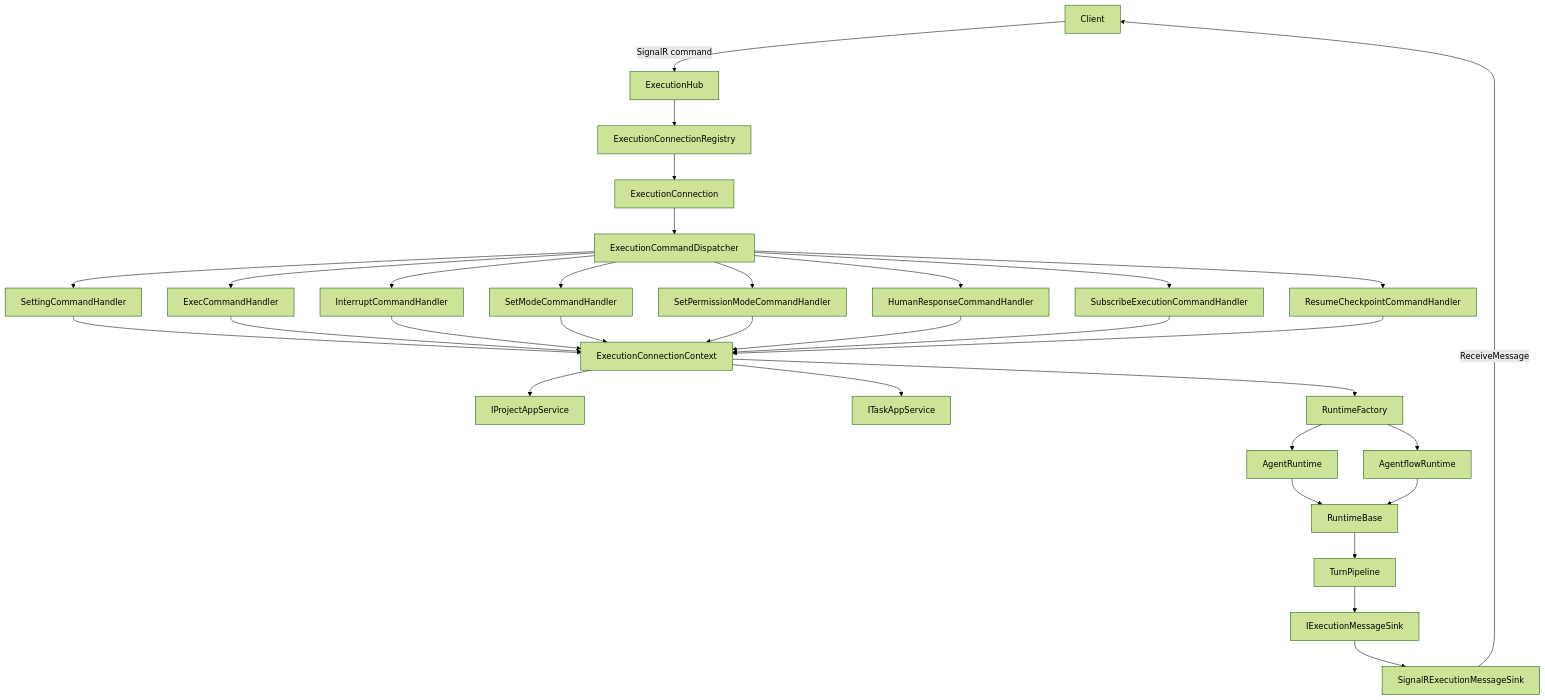
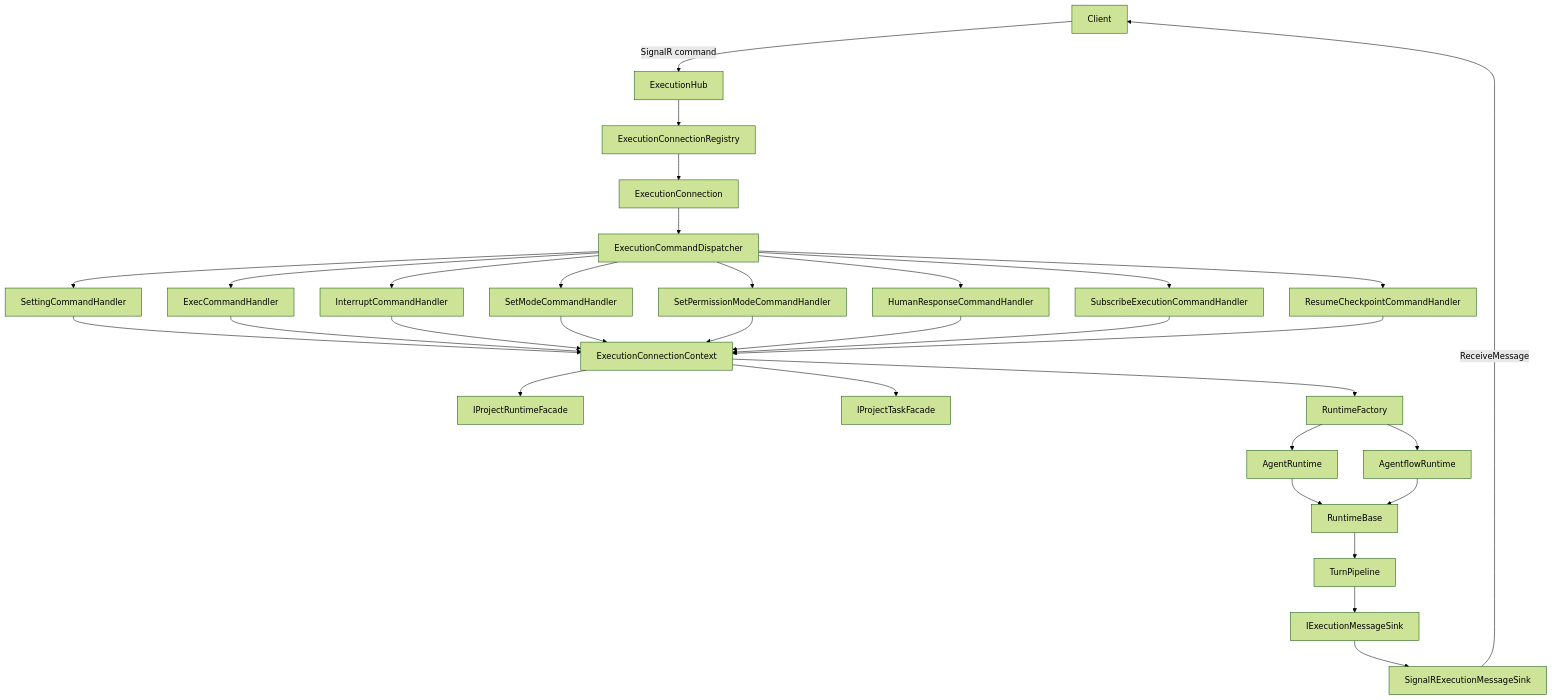
Before and after one commit to zxyao145/agw: the first of 7 diagrams in src/server/Agw.Agents/Execution/README.md, drawn with Mermaid (forest theme). The commit also changed other lines of this file and 111 other files, not shown here.

First line of the commit message:
refactor(architecture): decouple modules with contract facades

````diff
--- a/src/server/Agw.Agents/Execution/README.md
+++ b/src/server/Agw.Agents/Execution/README.md
@@ -237,36 +237,36 @@
 ```mermaid
 flowchart TB
     Client["Client"] -->|"SignalR command"| Hub["ExecutionHub"]
     Hub --> Registry["ExecutionConnectionRegistry"]
     Registry --> Connection["ExecutionConnection"]
     Connection --> Dispatcher["ExecutionCommandDispatcher"]
 
     Dispatcher --> Setting["SettingCommandHandler"]
     Dispatcher --> Exec["ExecCommandHandler"]
     Dispatcher --> Interrupt["InterruptCommandHandler"]
     Dispatcher --> Mode["SetModeCommandHandler"]
     Dispatcher --> Permission["SetPermissionModeCommandHandler"]
     Dispatcher --> Human["HumanResponseCommandHandler"]
     Dispatcher --> Subscribe["SubscribeExecutionCommandHandler"]
     Dispatcher --> Checkpoint["ResumeCheckpointCommandHandler"]
 
     Setting --> Context["ExecutionConnectionContext"]
     Exec --> Context
     Interrupt --> Context
     Mode --> Context
     Permission --> Context
     Human --> Context
     Subscribe --> Context
     Checkpoint --> Context
-    Context --> ProjectService["IProjectAppService"]
-    Context --> TaskService["ITaskAppService"]
+    Context --> ProjectService["IProjectRuntimeFacade"]
+    Context --> TaskService["IProjectTaskFacade"]
     Context --> Factory["RuntimeFactory"]
     Factory --> AgentRuntime["AgentRuntime"]
     Factory --> AgentflowRuntime["AgentflowRuntime"]
     AgentRuntime --> RuntimeBase["RuntimeBase"]
     AgentflowRuntime --> RuntimeBase
     RuntimeBase --> TurnPipeline["TurnPipeline"]
     TurnPipeline --> Sink["IExecutionMessageSink"]
     Sink --> SignalRSink["SignalRExecutionMessageSink"]
     SignalRSink -->|"ReceiveMessage"| Client
 ```
````
